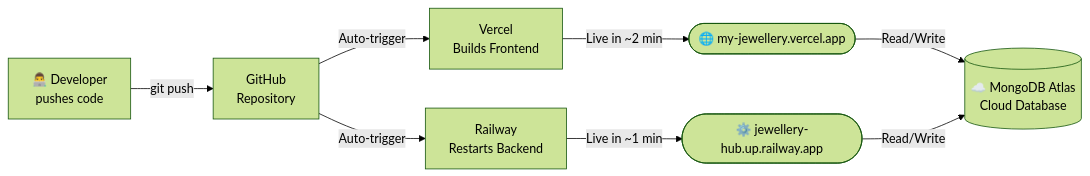
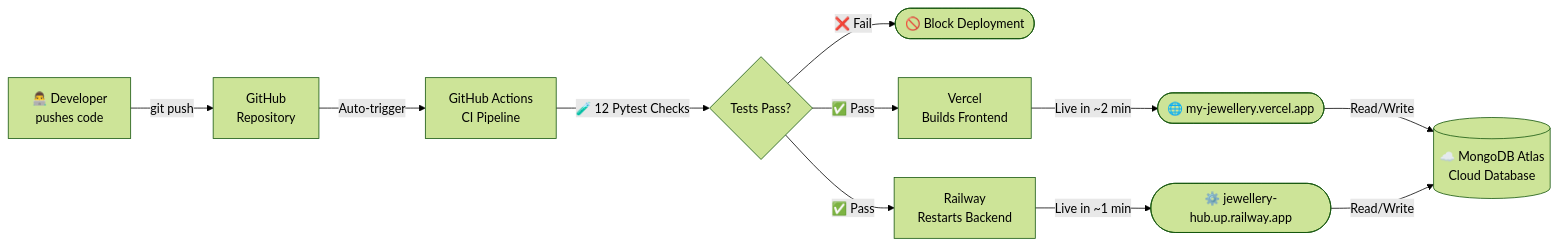
The second of 2 diagrams in README.md (abdulsami-S/My-Jewellery), drawn with Mermaid (forest theme) before and after one commit. The commit also changed other lines of this file, not shown here.

Commit message:
updated README with backend architecture, security features, and CI/CD pipeline details

````diff
--- a/README.md
+++ b/README.md
@@ -147,9 +165,16 @@
 ```mermaid
 flowchart LR
     A[👨‍💻 Developer\npushes code] -->|git push| B[GitHub\nRepository]
-    B -->|Auto-trigger| C[Vercel\nBuilds Frontend]
-    B -->|Auto-trigger| D[Railway\nRestarts Backend]
+    
+    B -->|Auto-trigger| CI[GitHub Actions\nCI Pipeline]
+    
+    CI -->|🧪 12 Pytest Checks| CI_TEST{Tests Pass?}
+    CI_TEST -->|❌ Fail| CI_STOP([🚫 Block Deployment])
+    
+    CI_TEST -->|✅ Pass| C[Vercel\nBuilds Frontend]
+    CI_TEST -->|✅ Pass| D[Railway\nRestarts Backend]
+    
     C -->|Live in ~2 min| E([🌐 my-jewellery.vercel.app])
     D -->|Live in ~1 min| F([⚙️ jewellery-hub.up.railway.app])
     E & F -->|Read/Write| G[(☁️ MongoDB Atlas\nCloud Database)]
 ```
````
